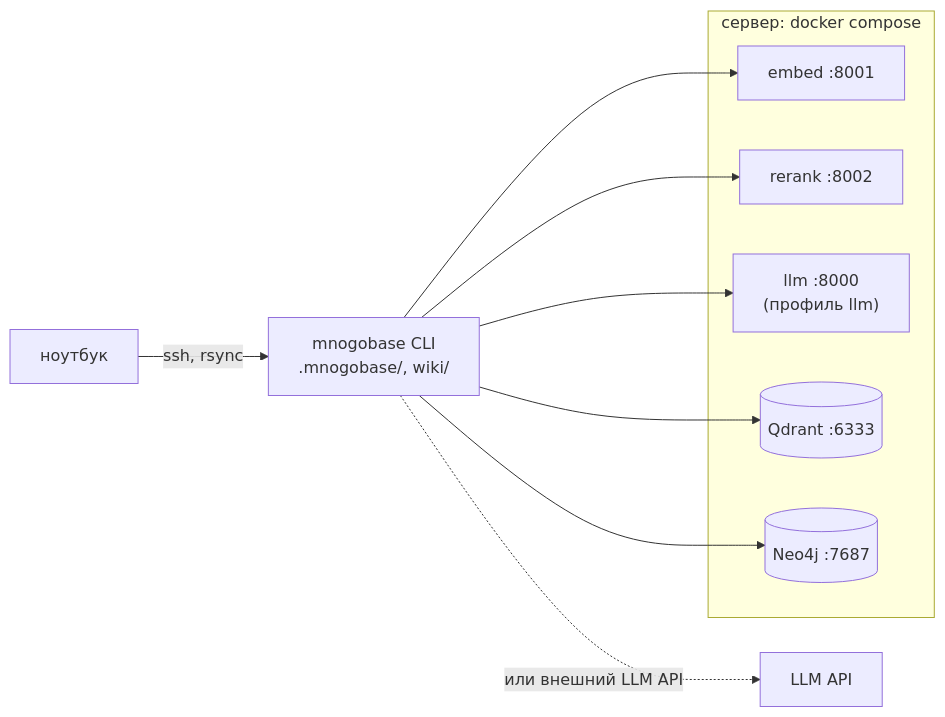
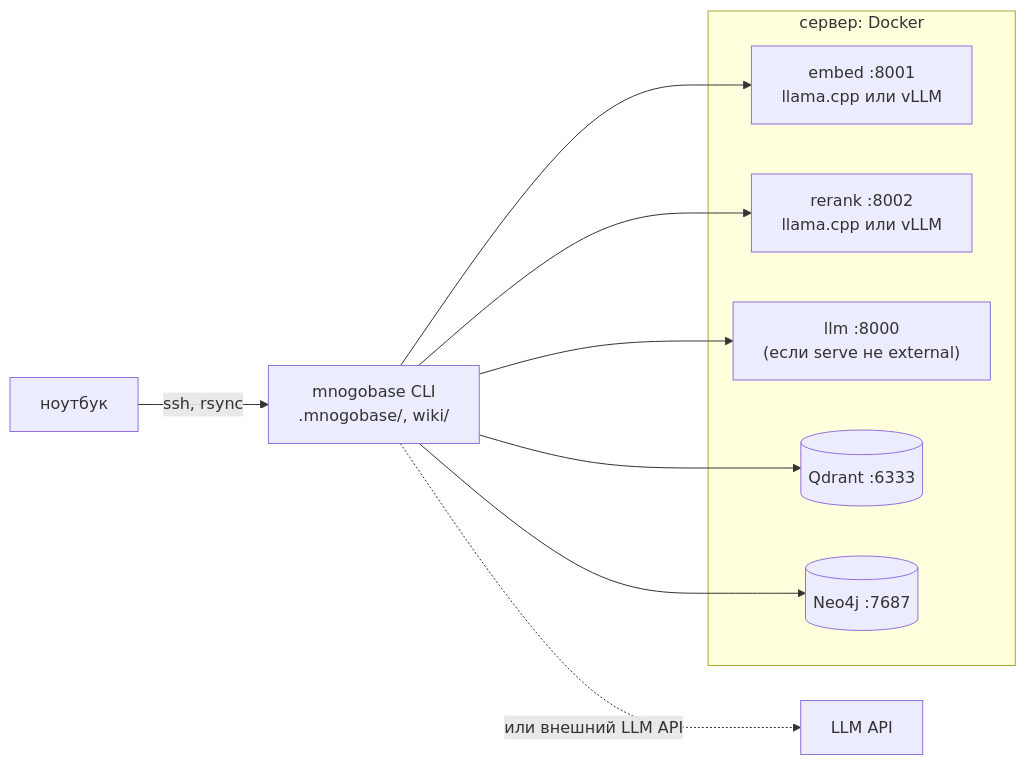
One commit to 000p1umDiesel/Atlas changed diagram 11 of 11 in README.md. Above: the diagram before and after it, drawn with Mermaid. The commit also changed other lines of this file and 25 other files, not shown here.

Commit message:
vLLM, llama.cpp подключение, удаление ollama

````diff
--- a/README.md
+++ b/README.md
@@ -1327,14 +1342,14 @@
 ```mermaid
 flowchart LR
     LAP["ноутбук"] -- "ssh, rsync" --> CLI["mnogobase CLI<br/>.mnogobase/, wiki/"]
-    subgraph SRV["сервер: docker compose"]
-        EMB["embed :8001"]
-        RR["rerank :8002"]
-        LLM["llm :8000<br/>(профиль llm)"]
+    subgraph SRV["сервер: Docker"]
+        EMB["embed :8001<br/>llama.cpp или vLLM"]
+        RR["rerank :8002<br/>llama.cpp или vLLM"]
+        LLM["llm :8000<br/>(если serve не external)"]
         QD[("Qdrant :6333")]
         NEO[("Neo4j :7687")]
     end
     CLI --> EMB & RR & QD & NEO
     CLI --> LLM
     CLI -. "или внешний LLM API" .-> API["LLM API"]
 ```
````
